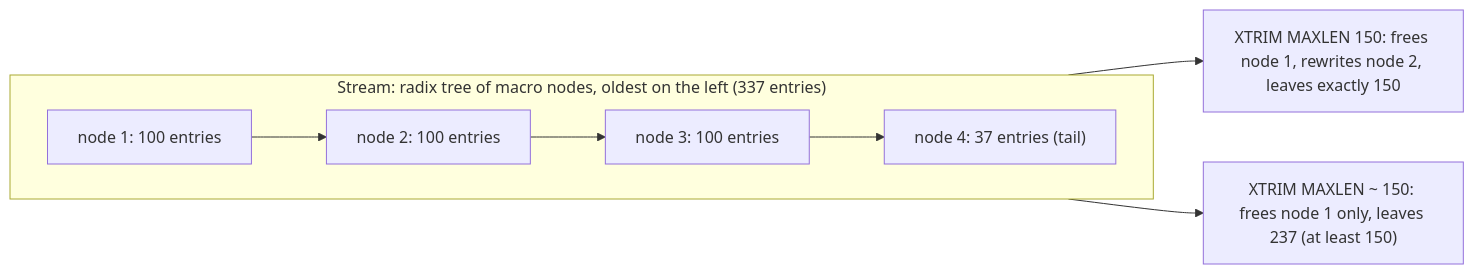
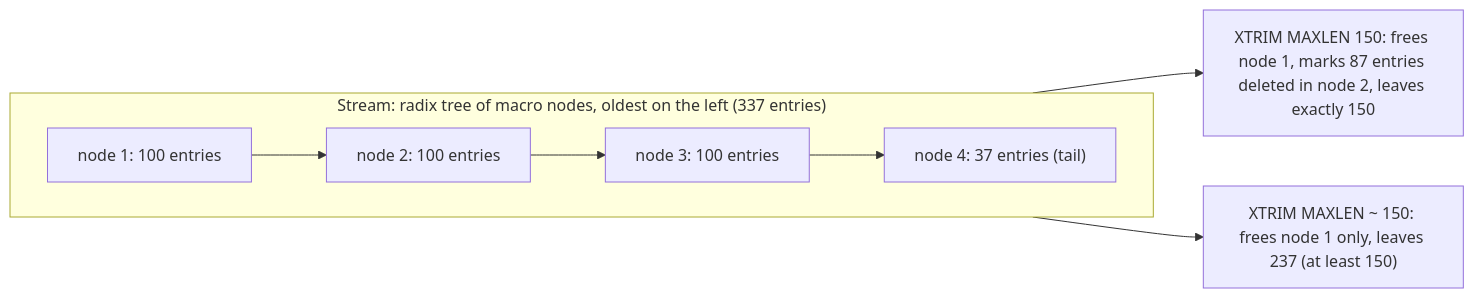
The diagram in docs/_terms/maxlen-trim.md (nitinpawar28/learning-with-differences), drawn with Mermaid before and after one commit. The commit also changed other lines of this file and 55 other files, not shown here.

````diff
--- a/docs/_terms/maxlen-trim.md
+++ b/docs/_terms/maxlen-trim.md
@@ -42,11 +42,11 @@
 ```mermaid
 flowchart LR
   subgraph stream["Stream: radix tree of macro nodes, oldest on the left (337 entries)"]
     direction LR
     n1["node 1: 100 entries"] --> n2["node 2: 100 entries"] --> n3["node 3: 100 entries"] --> n4["node 4: 37 entries (tail)"]
   end
-  exact["XTRIM MAXLEN 150: frees node 1, rewrites node 2, leaves exactly 150"]
+  exact["XTRIM MAXLEN 150: frees node 1, marks 87 entries deleted in node 2, leaves exactly 150"]
   approx["XTRIM MAXLEN ~ 150: frees node 1 only, leaves 237 (at least 150)"]
   stream --> exact
   stream --> approx
 ```
````
